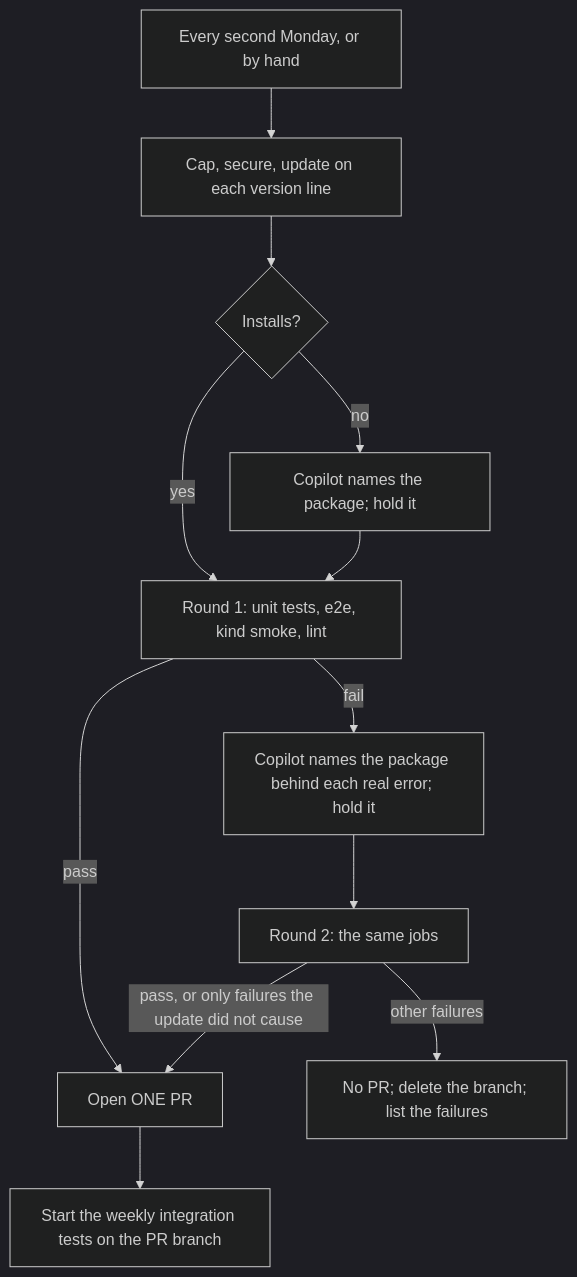
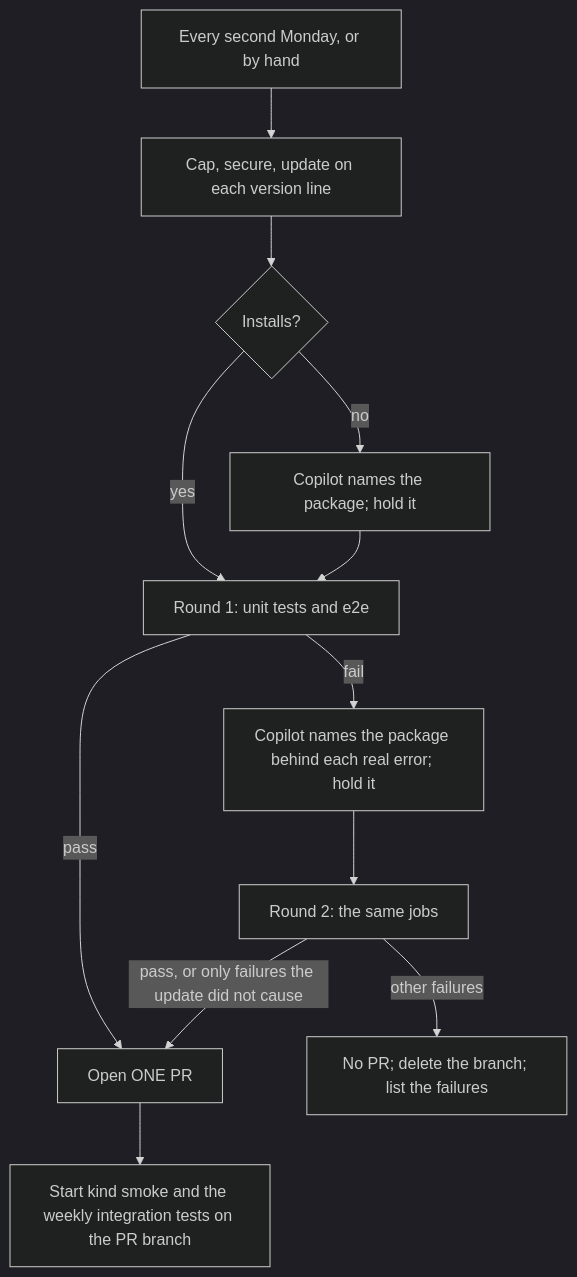
Before and after one commit to yaalalabs/agent-kernel: the diagram in docs/specs/659-824-dependency-workflows/design.md, drawn with Mermaid (dark theme). The commit also changed other lines of this file and 7 other files, not shown here.

````diff
--- a/docs/specs/659-824-dependency-workflows/design.md
+++ b/docs/specs/659-824-dependency-workflows/design.md
@@ -20,14 +20,14 @@
 ```mermaid
 flowchart TD
     A[Every second Monday, or by hand] --> B[Cap, secure, update on each version line]
     B --> C{Installs?}
     C -- no --> D[Copilot names the package; hold it]
     C -- yes --> E
-    D --> E[Round 1: unit tests, e2e, kind smoke, lint]
+    D --> E[Round 1: unit tests and e2e]
     E -- pass --> M[Open ONE PR]
     E -- fail --> F[Copilot names the package behind each real error; hold it]
     F --> G[Round 2: the same jobs]
     G -- pass, or only failures the update did not cause --> M
     G -- other failures --> N[No PR; delete the branch; list the failures]
-    M --> I[Start the weekly integration tests on the PR branch]
+    M --> I[Start kind smoke and the weekly integration tests on the PR branch]
 ```
````
